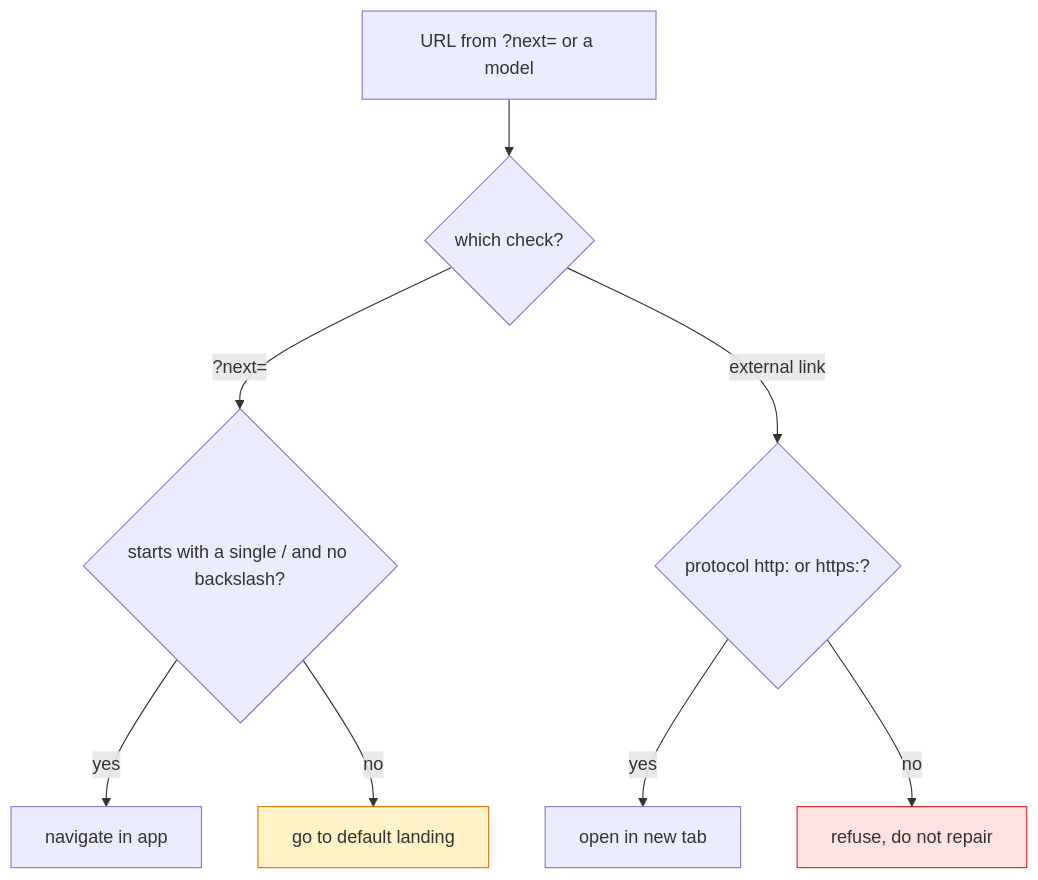
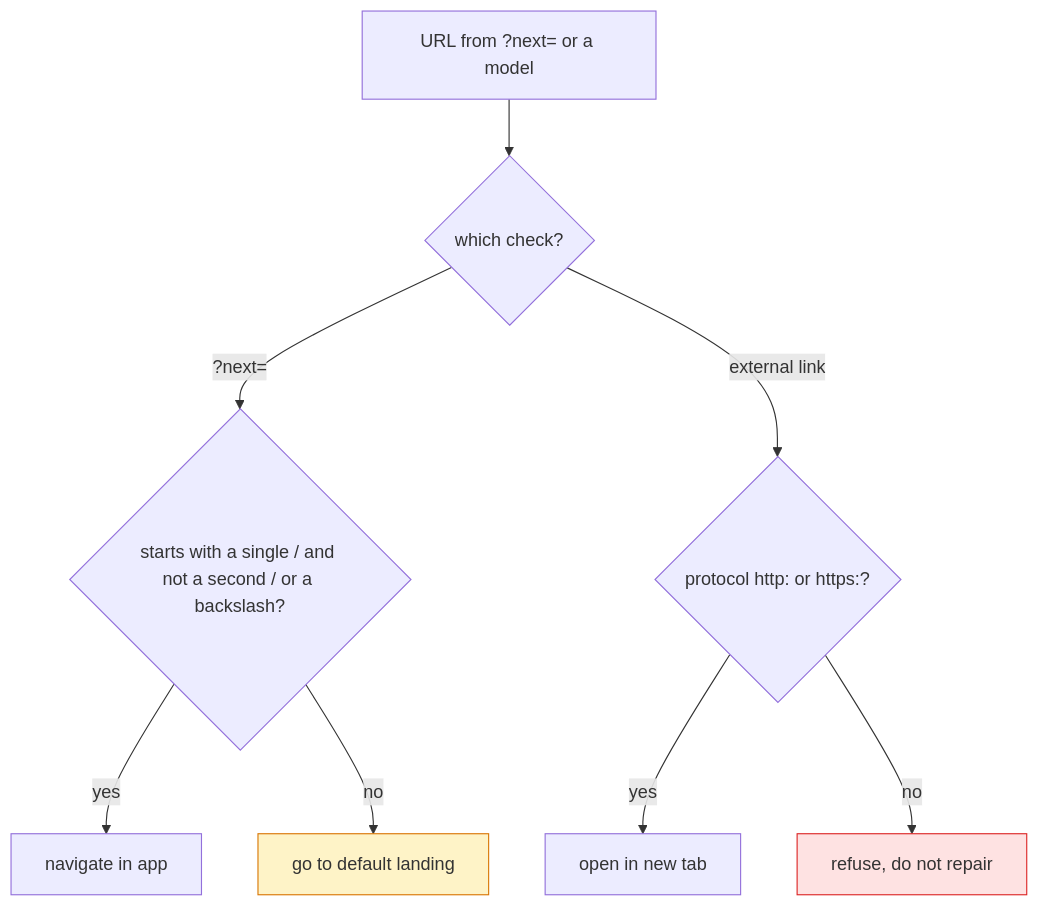
One commit to KaushalJainAI/AIAAS changed diagram 16 of 18 in LLD_Guide/03_Frontend_LLD_Patterns.md. Above: the diagram before and after it, drawn with Mermaid. The commit also changed other lines of this file and 323 other files, not shown here.

````diff
--- a/LLD_Guide/03_Frontend_LLD_Patterns.md
+++ b/LLD_Guide/03_Frontend_LLD_Patterns.md
@@ -773,12 +770,12 @@
 ```mermaid
 flowchart TD
     U["URL from ?next= or a model"] --> K{which check?}
-    K -- "?next=" --> N{"starts with a single / and no backslash?"}
+    K -- "?next=" --> N{"starts with a single / and not a second / or a backslash?"}
     N -- yes --> Go[navigate in app]
     N -- no --> Home[go to default landing]
     K -- "external link" --> S{"protocol http: or https:?"}
     S -- yes --> Open[open in new tab]
     S -- no --> Block[refuse, do not repair]
     style Block fill:#fee2e2,stroke:#dc2626
     style Home fill:#fef3c7,stroke:#d97706
 ```
````
